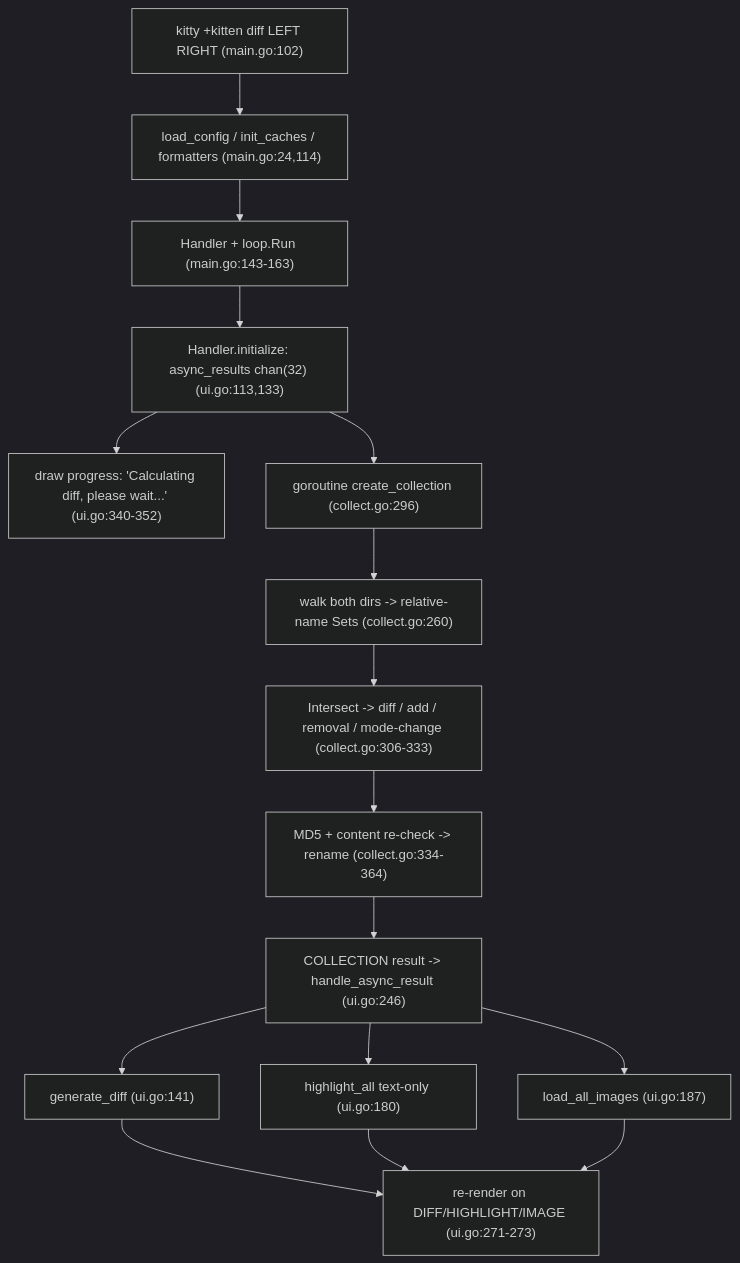
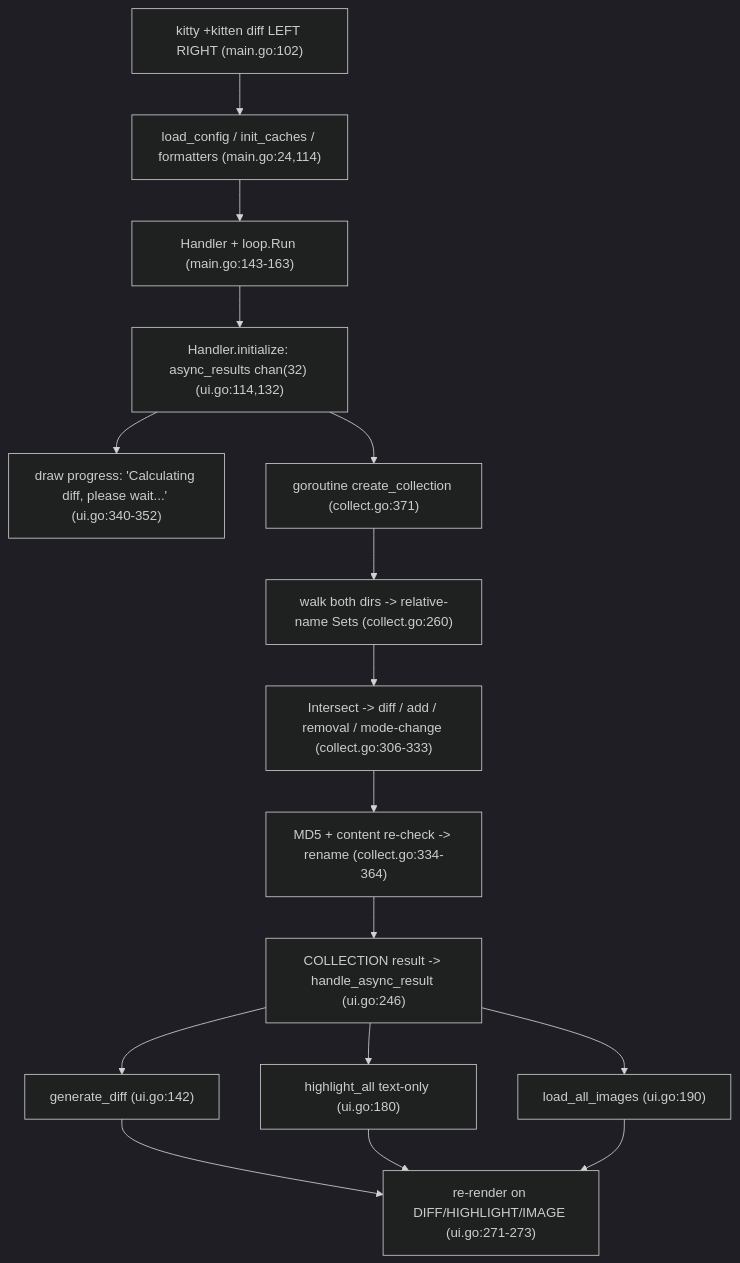
One commit to blitzy-research/kitty changed the diagram in blitzy/documentation/kitty_815df1e210e0.md. Above: the diagram before and after it, drawn with Mermaid (dark theme). The commit also changed other lines of this file, not shown here.

First line of the commit message:
docs(diff-kitten): fix QA findings — realign file:line citations, embed sgruns.py, correct observed output

````diff
--- a/blitzy/documentation/kitty_815df1e210e0.md
+++ b/blitzy/documentation/kitty_815df1e210e0.md
@@ -1106,18 +1235,18 @@
 ```mermaid
 flowchart TD
     A["kitty +kitten diff LEFT RIGHT (main.go:102)"] --> B["load_config / init_caches / formatters (main.go:24,114)"]
     B --> C["Handler + loop.Run (main.go:143-163)"]
-    C --> D["Handler.initialize: async_results chan(32) (ui.go:113,133)"]
+    C --> D["Handler.initialize: async_results chan(32) (ui.go:114,132)"]
     D --> E["draw progress: 'Calculating diff, please wait...' (ui.go:340-352)"]
-    D --> F["goroutine create_collection (collect.go:296)"]
+    D --> F["goroutine create_collection (collect.go:371)"]
     F --> G["walk both dirs -> relative-name Sets (collect.go:260)"]
     G --> H["Intersect -> diff / add / removal / mode-change (collect.go:306-333)"]
     H --> I["MD5 + content re-check -> rename (collect.go:334-364)"]
     I --> J["COLLECTION result -> handle_async_result (ui.go:246)"]
-    J --> K["generate_diff (ui.go:141)"]
+    J --> K["generate_diff (ui.go:142)"]
     J --> L["highlight_all text-only (ui.go:180)"]
-    J --> M["load_all_images (ui.go:187)"]
+    J --> M["load_all_images (ui.go:190)"]
     K --> N["re-render on DIFF/HIGHLIGHT/IMAGE (ui.go:271-273)"]
     L --> N
     M --> N
 ```
````
